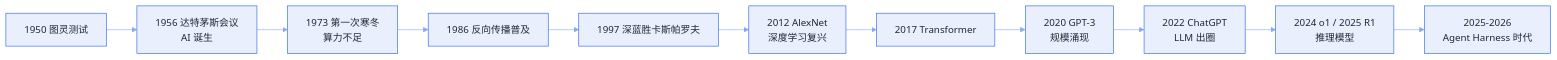
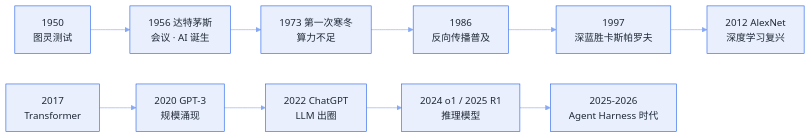
One commit to funny8kids/ai-agent-handbook changed the diagram in docs/01-ai-basics/ai-history.md. Above: the diagram before and after it, drawn with Mermaid. The commit also changed other lines of this file and 17 other files, not shown here.

First line of the commit message:
Fix 17 Mermaid diagrams that GitBook was scaling into unreadable text

````diff
--- a/docs/01-ai-basics/ai-history.md
+++ b/docs/01-ai-basics/ai-history.md
@@ -36,14 +36,13 @@
 ```mermaid
 %%{init: {"theme":"base","themeVariables":{"primaryColor":"#E9EFFD","primaryBorderColor":"#2563EB","primaryTextColor":"#1F2937","secondaryColor":"#CFDDFB","tertiaryColor":"#F6F9FE","lineColor":"#87A9F4","actorBkg":"#EEF3FD","actorBorder":"#2563EB","actorTextColor":"#1F2937","signalColor":"#6692F1","noteBkgColor":"#D8E3FB","noteBorderColor":"#2563EB","noteTextColor":"#1F2937","labelBoxBkgColor":"#E9EFFD","labelBoxBorderColor":"#2563EB"}}}%%
 flowchart LR
-  A[1950 图灵测试] --> B[1956 达特茅斯会议<br/>AI 诞生]
+  A[1950<br/>图灵测试] --> B[1956 达特茅斯<br/>会议 · AI 诞生]
   B --> C[1973 第一次寒冬<br/>算力不足]
-  C --> D[1986 反向传播普及]
-  D --> E[1997 深蓝胜卡斯帕罗夫]
+  C --> D[1986<br/>反向传播普及]
+  D --> E[1997<br/>深蓝胜卡斯帕罗夫]
   E --> F[2012 AlexNet<br/>深度学习复兴]
-  F --> G[2017 Transformer]
-  G --> H[2020 GPT-3<br/>规模涌现]
+  G[2017<br/>Transformer] --> H[2020 GPT-3<br/>规模涌现]
   H --> I[2022 ChatGPT<br/>LLM 出圈]
   I --> J[2024 o1 / 2025 R1<br/>推理模型]
   J --> K[2025-2026<br/>Agent Harness 时代]
 ```
````
